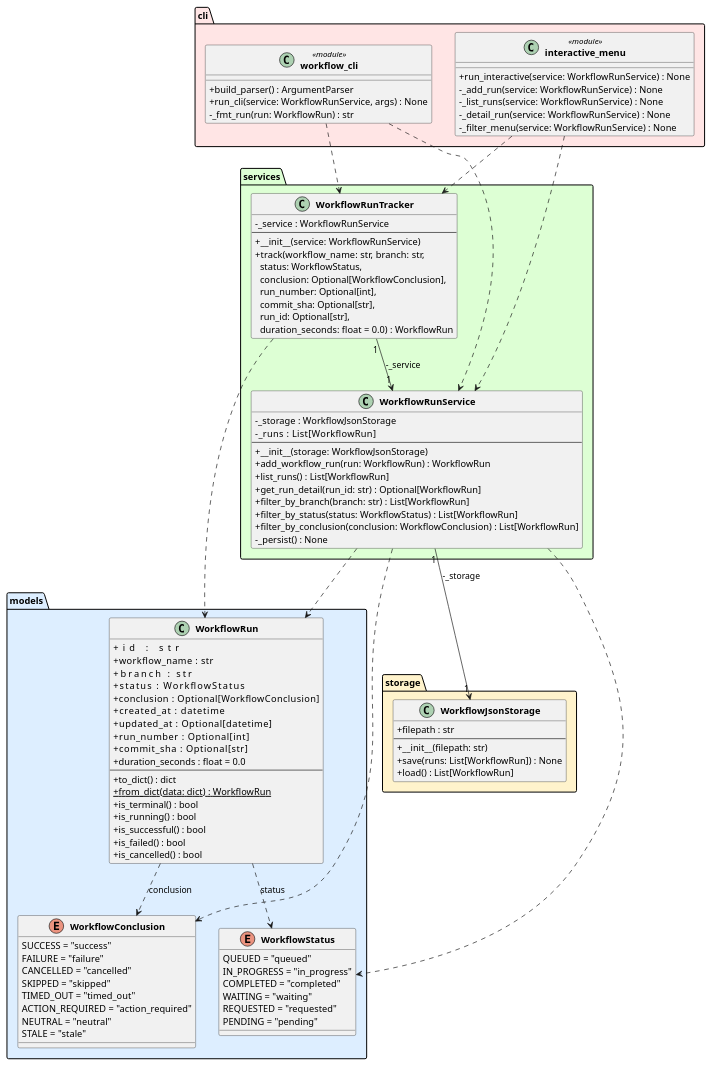
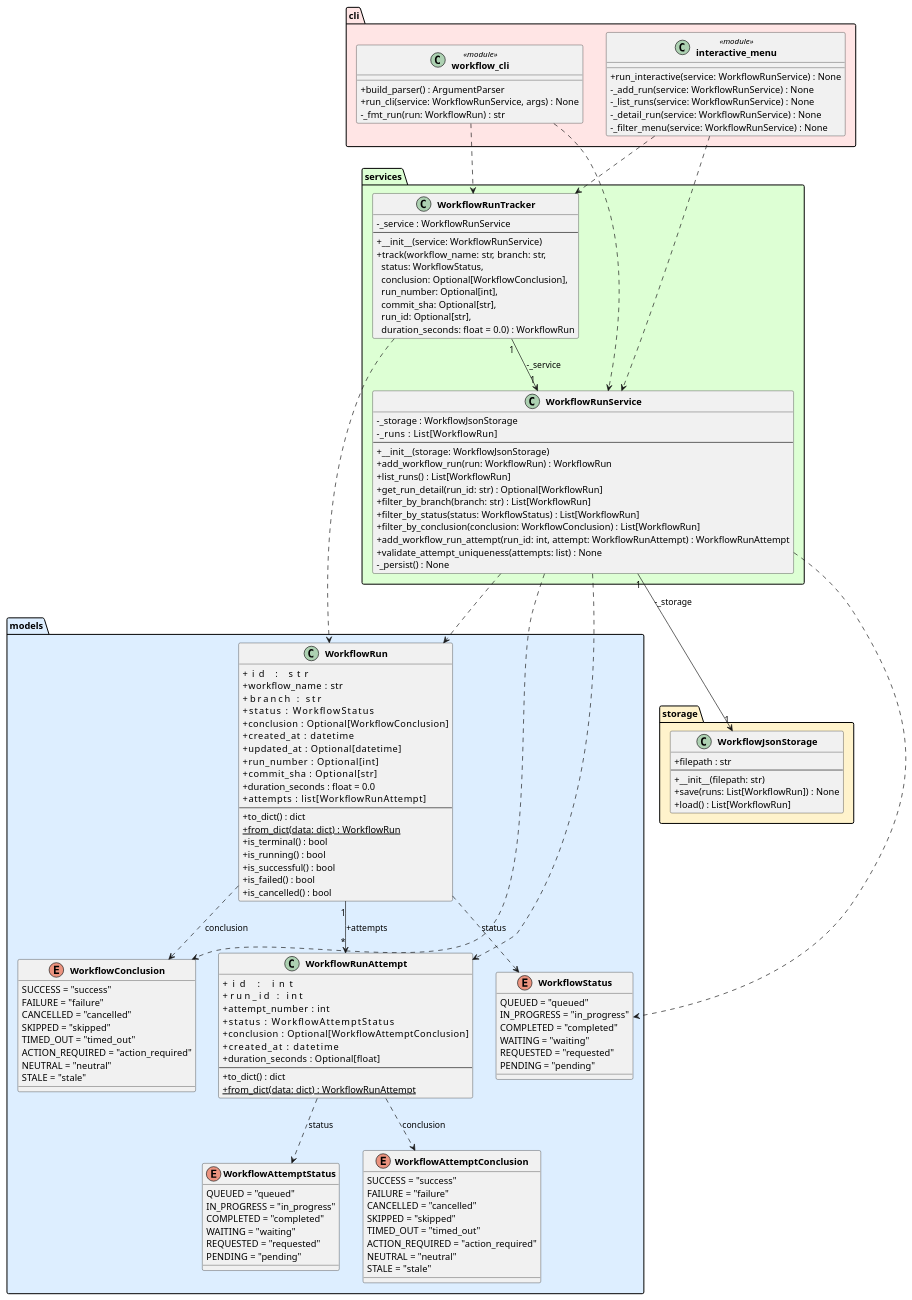
The diagram in experiments/supervisor_as_tools/user_stories/github-workflow-manager/artifacts/class_diagram.puml (DanielRiha8906/Software_autoevolution_using_agents), drawn with PlantUML before and after one commit. The commit also changed 6 other files, not shown here.

First line of the commit message:
Implement WorkflowRunAttempt model and service methods

```diff
--- a/experiments/supervisor_as_tools/user_stories/github-workflow-manager/artifacts/class_diagram.puml
+++ b/experiments/supervisor_as_tools/user_stories/github-workflow-manager/artifacts/class_diagram.puml
@@ -1,111 +1,151 @@
 @startuml class_diagram
 
 skinparam classAttributeIconSize 0
 skinparam classFontStyle bold
 
 package "models" #DDEEFF {
     enum WorkflowStatus {
         QUEUED = "queued"
         IN_PROGRESS = "in_progress"
         COMPLETED = "completed"
         WAITING = "waiting"
         REQUESTED = "requested"
         PENDING = "pending"
     }
 
     enum WorkflowConclusion {
         SUCCESS = "success"
         FAILURE = "failure"
         CANCELLED = "cancelled"
         SKIPPED = "skipped"
         TIMED_OUT = "timed_out"
         ACTION_REQUIRED = "action_required"
         NEUTRAL = "neutral"
         STALE = "stale"
     }
 
+    enum WorkflowAttemptStatus {
+        QUEUED = "queued"
+        IN_PROGRESS = "in_progress"
+        COMPLETED = "completed"
+        WAITING = "waiting"
+        REQUESTED = "requested"
+        PENDING = "pending"
+    }
+
+    enum WorkflowAttemptConclusion {
+        SUCCESS = "success"
+        FAILURE = "failure"
+        CANCELLED = "cancelled"
+        SKIPPED = "skipped"
+        TIMED_OUT = "timed_out"
+        ACTION_REQUIRED = "action_required"
+        NEUTRAL = "neutral"
+        STALE = "stale"
+    }
+
     class WorkflowRun {
         +id               : str
         +workflow_name    : str
         +branch           : str
         +status           : WorkflowStatus
         +conclusion       : Optional[WorkflowConclusion]
         +created_at       : datetime
         +updated_at       : Optional[datetime]
         +run_number       : Optional[int]
         +commit_sha       : Optional[str]
         +duration_seconds : float = 0.0
+        +attempts         : list[WorkflowRunAttempt]
         --
         +to_dict() : dict
         +{static} from_dict(data: dict) : WorkflowRun
         +is_terminal() : bool
         +is_running() : bool
         +is_successful() : bool
         +is_failed() : bool
         +is_cancelled() : bool
+    }
+
+    class WorkflowRunAttempt {
+        +id                 : int
+        +run_id             : int
+        +attempt_number     : int
+        +status             : WorkflowAttemptStatus
+        +conclusion         : Optional[WorkflowAttemptConclusion]
+        +created_at         : datetime
+        +duration_seconds   : Optional[float]
+        --
+        +to_dict() : dict
+        +{static} from_dict(data: dict) : WorkflowRunAttempt
     }
 }
 
 package "storage" #FFF3CC {
     class WorkflowJsonStorage {
         +filepath : str
         --
         +__init__(filepath: str)
         +save(runs: List[WorkflowRun]) : None
         +load() : List[WorkflowRun]
     }
 }
 
 package "services" #DDFFD4 {
     class WorkflowRunService {
         -_storage : WorkflowJsonStorage
         -_runs    : List[WorkflowRun]
         --
         +__init__(storage: WorkflowJsonStorage)
         +add_workflow_run(run: WorkflowRun) : WorkflowRun
         +list_runs() : List[WorkflowRun]
         +get_run_detail(run_id: str) : Optional[WorkflowRun]
         +filter_by_branch(branch: str) : List[WorkflowRun]
         +filter_by_status(status: WorkflowStatus) : List[WorkflowRun]
         +filter_by_conclusion(conclusion: WorkflowConclusion) : List[WorkflowRun]
+        +add_workflow_run_attempt(run_id: int, attempt: WorkflowRunAttempt) : WorkflowRunAttempt
+        +validate_attempt_uniqueness(attempts: list) : None
         -_persist() : None
     }
 
     class WorkflowRunTracker {
         -_service : WorkflowRunService
         --
         +__init__(service: WorkflowRunService)
         +track(workflow_name: str, branch: str,\n  status: WorkflowStatus,\n  conclusion: Optional[WorkflowConclusion],\n  run_number: Optional[int],\n  commit_sha: Optional[str],\n  run_id: Optional[str],\n  duration_seconds: float = 0.0) : WorkflowRun
     }
 }
 
 package "cli" #FFE5E5 {
     class "workflow_cli" <<module>> {
         +build_parser() : ArgumentParser
         +run_cli(service: WorkflowRunService, args) : None
         -_fmt_run(run: WorkflowRun) : str
     }
 
     class "interactive_menu" <<module>> {
         +run_interactive(service: WorkflowRunService) : None
         -_add_run(service: WorkflowRunService) : None
         -_list_runs(service: WorkflowRunService) : None
         -_detail_run(service: WorkflowRunService) : None
         -_filter_menu(service: WorkflowRunService) : None
     }
 }
 
-WorkflowRun                ..>  WorkflowStatus        : status
-WorkflowRun                ..>  WorkflowConclusion    : conclusion
+WorkflowRun                ..>  WorkflowStatus           : status
+WorkflowRun                ..>  WorkflowConclusion       : conclusion
+WorkflowRun            "1" --> "*" WorkflowRunAttempt    : +attempts
+WorkflowRunAttempt         ..>  WorkflowAttemptStatus    : status
+WorkflowRunAttempt         ..>  WorkflowAttemptConclusion : conclusion
 WorkflowRunService    "1" --> "1" WorkflowJsonStorage : -_storage
 WorkflowRunService         ..>  WorkflowRun
 WorkflowRunService         ..>  WorkflowStatus
 WorkflowRunService         ..>  WorkflowConclusion
+WorkflowRunService         ..>  WorkflowRunAttempt
 WorkflowRunTracker    "1" --> "1" WorkflowRunService  : -_service
 WorkflowRunTracker         ..>  WorkflowRun
 "workflow_cli"             ..>  WorkflowRunService
 "workflow_cli"             ..>  WorkflowRunTracker
 "interactive_menu"         ..>  WorkflowRunService
 "interactive_menu"         ..>  WorkflowRunTracker
 
 @enduml
```
